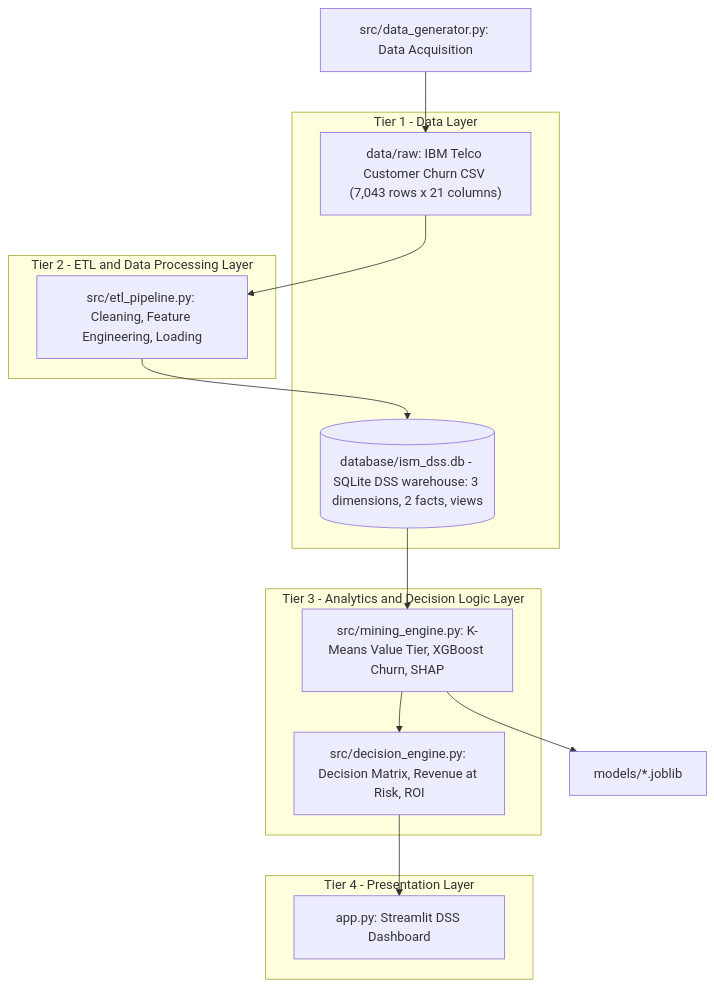
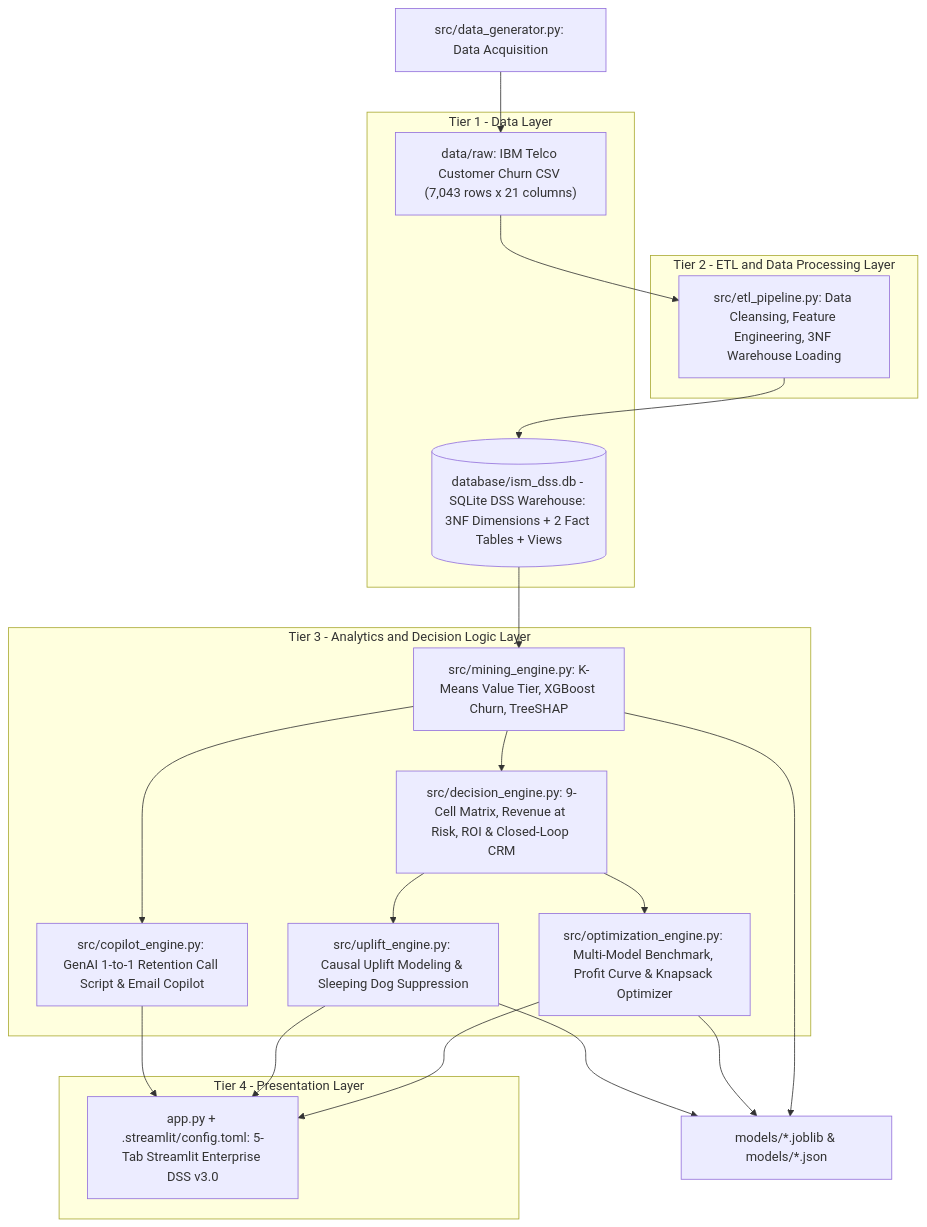
The first of 2 diagrams in README.md (Vu-Viet-Phong/ISM-project), drawn with Mermaid before and after one commit. The commit also changed other lines of this file, not shown here.

Commit message:
docs: audit and update README with full v3.0 architecture, ERD, and expanded tech stack

````diff
--- a/README.md
+++ b/README.md
@@ -24,21 +29,28 @@
 ```mermaid
 flowchart TD
     subgraph T1["Tier 1 - Data Layer"]
         A["data/raw: IBM Telco Customer Churn CSV (7,043 rows x 21 columns)"]
-        B[("database/ism_dss.db - SQLite DSS warehouse: 3 dimensions, 2 facts, views")]
+        B[("database/ism_dss.db - SQLite DSS Warehouse: 3NF Dimensions + 2 Fact Tables + Views")]
     end
     subgraph T2["Tier 2 - ETL and Data Processing Layer"]
-        C["src/etl_pipeline.py: Cleaning, Feature Engineering, Loading"]
+        C["src/etl_pipeline.py: Data Cleansing, Feature Engineering, 3NF Warehouse Loading"]
     end
     subgraph T3["Tier 3 - Analytics and Decision Logic Layer"]
-        D["src/mining_engine.py: K-Means Value Tier, XGBoost Churn, SHAP"]
-        E["src/decision_engine.py: Decision Matrix, Revenue at Risk, ROI"]
+        D["src/mining_engine.py: K-Means Value Tier, XGBoost Churn, TreeSHAP"]
+        E["src/decision_engine.py: 9-Cell Matrix, Revenue at Risk, ROI & Closed-Loop CRM"]
+        O["src/optimization_engine.py: Multi-Model Benchmark, Profit Curve & Knapsack Optimizer"]
+        U["src/uplift_engine.py: Causal Uplift Modeling & Sleeping Dog Suppression"]
+        P["src/copilot_engine.py: GenAI 1-to-1 Retention Call Script & Email Copilot"]
     end
     subgraph T4["Tier 4 - Presentation Layer"]
-        F["app.py: Streamlit DSS Dashboard"]
+        F["app.py + .streamlit/config.toml: 5-Tab Streamlit Enterprise DSS v3.0"]
     end
     G["src/data_generator.py: Data Acquisition"] --> A
     A --> C --> B
-    B --> D --> E --> F
-    D --> M["models/*.joblib"]
+    B --> D --> E --> O --> F
+    E --> U --> F
+    D --> P --> F
+    D --> M["models/*.joblib & models/*.json"]
+    O --> M
+    U --> M
 ```
````
